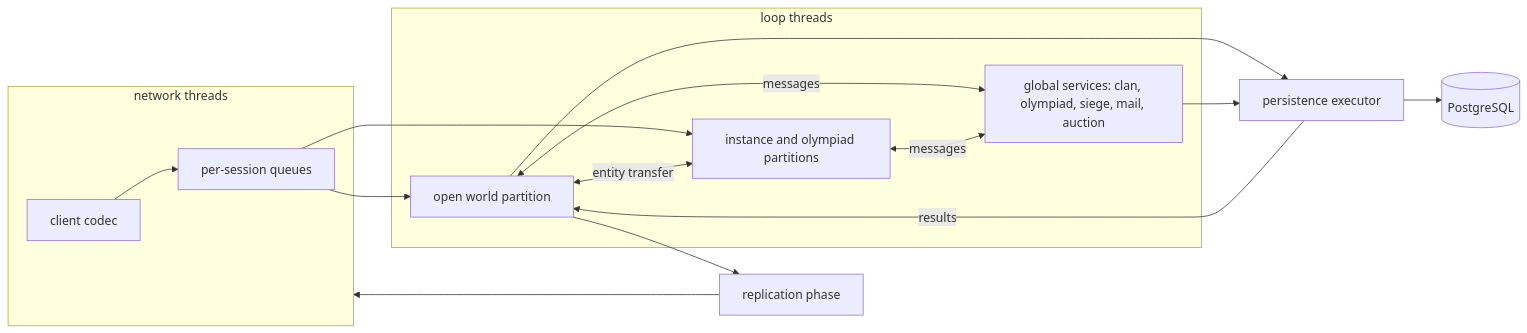
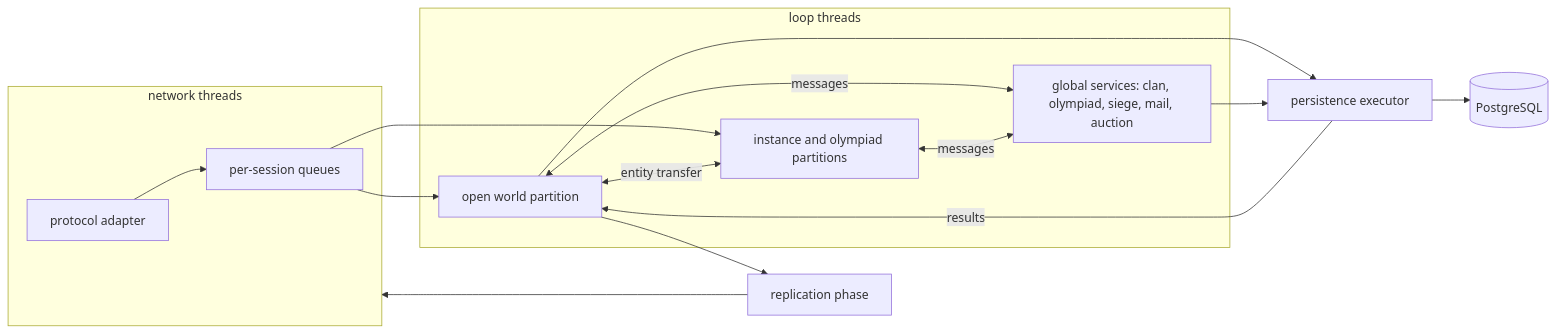
Before and after one commit to l2nx/nx-l2: the diagram in docs/public/en/architecture.md, drawn with Mermaid. The commit also changed other lines of this file and 12 other files, not shown here.

````diff
--- a/docs/public/en/architecture.md
+++ b/docs/public/en/architecture.md
@@ -30,20 +30,20 @@
 ```mermaid
 flowchart LR
   subgraph IO[network threads]
-    C[client codec] --> SQ[per-session queues]
+    C[protocol adapter] --> SQ[per-session queues]
   end
   SQ --> W
   SQ --> I
   subgraph Loops[loop threads]
     W[open world partition]
     I[instance and olympiad partitions]
     G[global services: clan, olympiad, siege, mail, auction]
   end
   W <-->|messages| G
   I <-->|messages| G
   W <-->|entity transfer| I
   W --> R[replication phase] --> IO
   W --> P[persistence executor] --> DB[(PostgreSQL)]
   G --> P
   P -->|results| W
 ```
````
